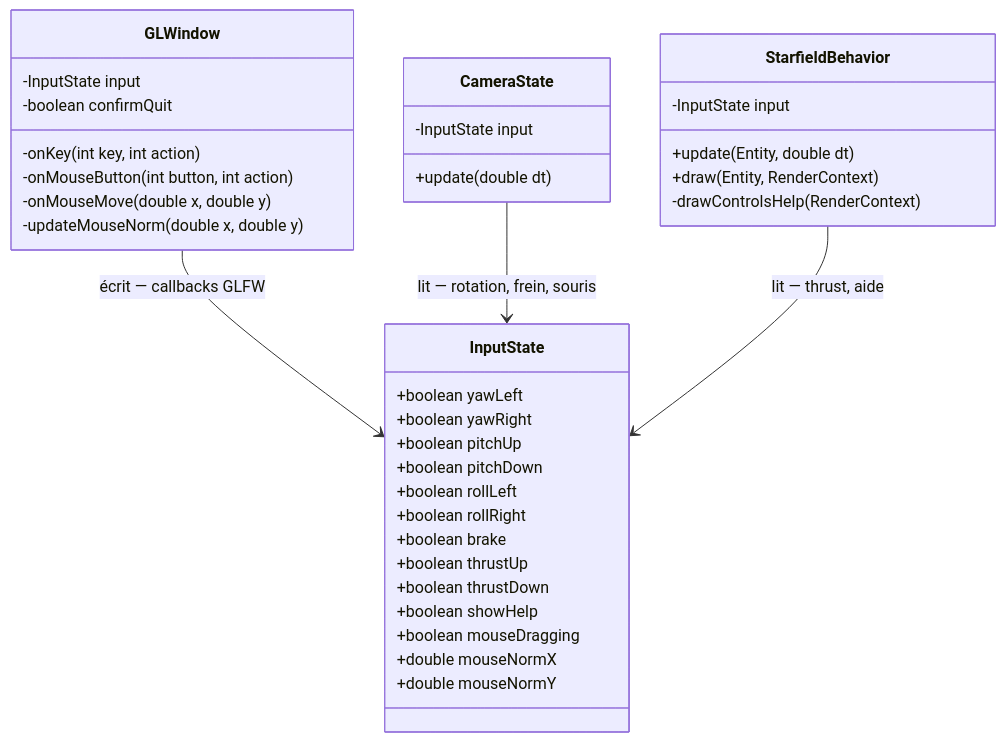
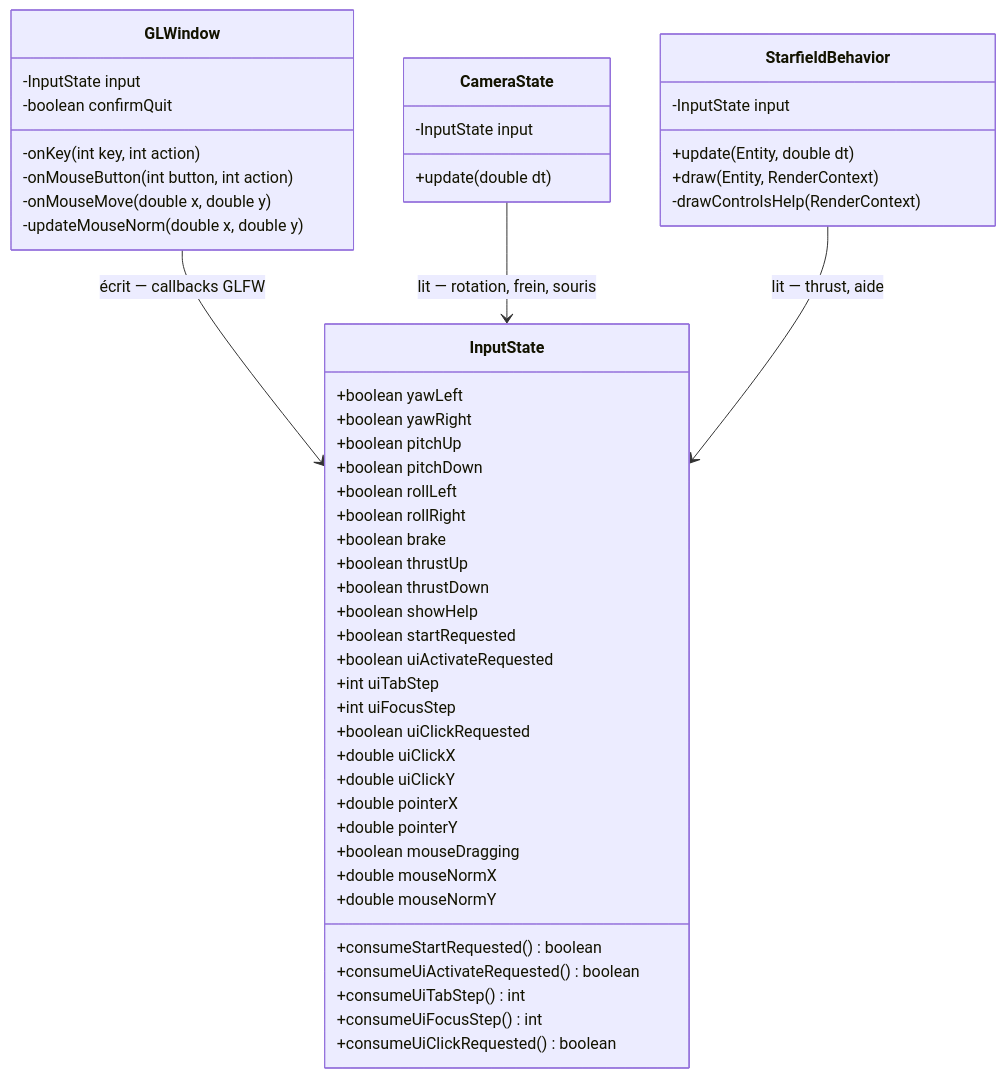
The first of 2 diagrams in src/docs/08-input-controls.md (mcgivrer/demo001-arm64), drawn with Mermaid before and after one commit. The commit also changed other lines of this file and 17 other files, not shown here.

````diff
--- a/src/docs/08-input-controls.md
+++ b/src/docs/08-input-controls.md
@@ -15,43 +15,57 @@
 ```mermaid
 classDiagram
     class InputState {
         +boolean yawLeft
         +boolean yawRight
         +boolean pitchUp
         +boolean pitchDown
         +boolean rollLeft
         +boolean rollRight
         +boolean brake
         +boolean thrustUp
         +boolean thrustDown
         +boolean showHelp
+        +boolean startRequested
+        +boolean uiActivateRequested
+        +int uiTabStep
+        +int uiFocusStep
+        +boolean uiClickRequested
+        +double uiClickX
+        +double uiClickY
+        +double pointerX
+        +double pointerY
         +boolean mouseDragging
         +double mouseNormX
         +double mouseNormY
+        +consumeStartRequested() boolean
+        +consumeUiActivateRequested() boolean
+        +consumeUiTabStep() int
+        +consumeUiFocusStep() int
+        +consumeUiClickRequested() boolean
     }
 
     class GLWindow {
         -InputState input
         -boolean confirmQuit
         -onKey(int key, int action)
         -onMouseButton(int button, int action)
         -onMouseMove(double x, double y)
         -updateMouseNorm(double x, double y)
     }
 
     class CameraState {
         -InputState input
         +update(double dt)
     }
 
     class StarfieldBehavior {
         -InputState input
         +update(Entity, double dt)
         +draw(Entity, RenderContext)
         -drawControlsHelp(RenderContext)
     }
 
     GLWindow --> InputState : écrit — callbacks GLFW
     CameraState --> InputState : lit — rotation, frein, souris
     StarfieldBehavior --> InputState : lit — thrust, aide
 ```
````
